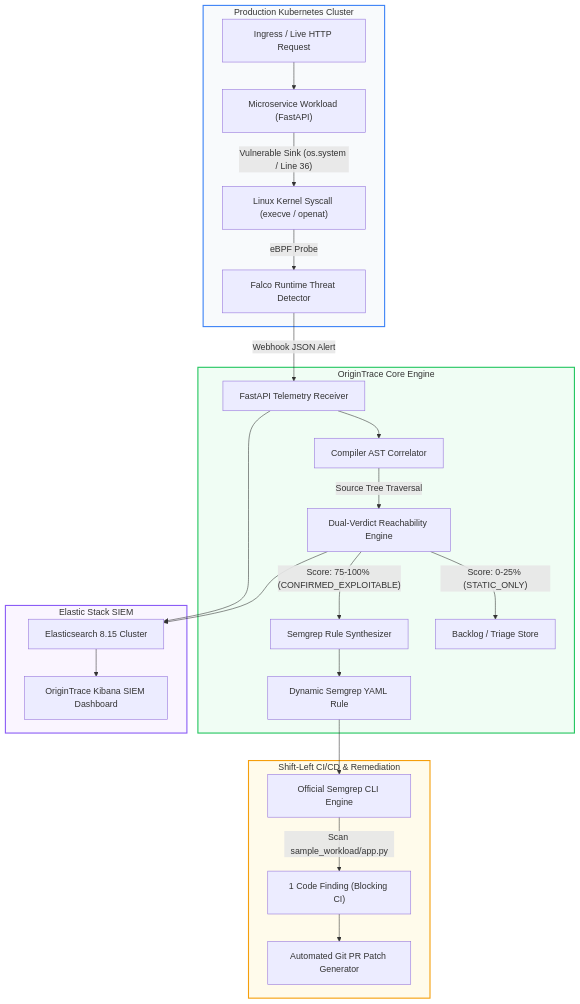
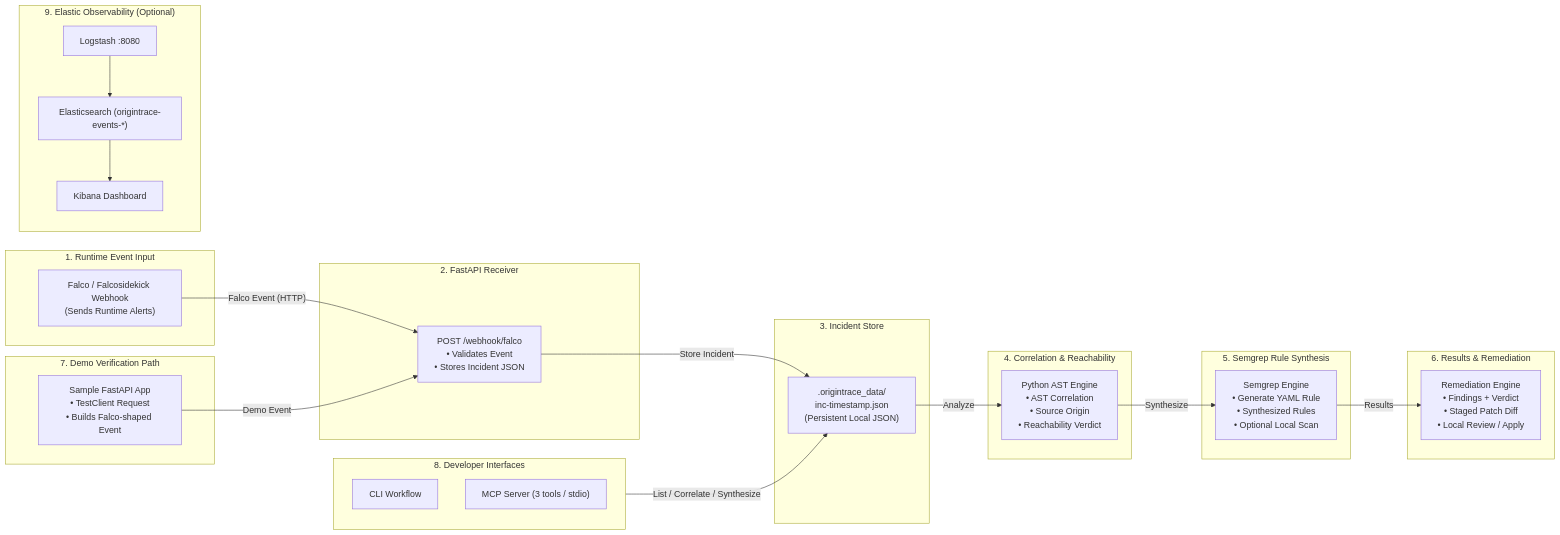
One commit to ritvikindupuri/OriginTrace_DevSecOps changed the diagram in README.md. Above: the diagram before and after it, drawn with Mermaid. The commit also changed other lines of this file and 4 other files, not shown here.

Commit message:
docs: update architecture diagram and flow-by-flow explanation to match 9-stage pipeline

````diff
--- a/README.md
+++ b/README.md
@@ -29,34 +35,47 @@
 ```mermaid
-graph TD
-    subgraph K8s["Production Kubernetes Cluster"]
-        A["Ingress / Live HTTP Request"] --> B["Microservice Workload (FastAPI)"]
-        B -- "Vulnerable Sink (os.system / Line 36)" --> C["Linux Kernel Syscall (execve / openat)"]
-        C -- "eBPF Probe" --> D["Falco Runtime Threat Detector"]
+flowchart LR
+    subgraph Inputs["1. Runtime Event Input"]
+        Falco["Falco / Falcosidekick Webhook<br/>(Sends Runtime Alerts)"]
     end
 
-    subgraph OriginEngine["OriginTrace Core Engine"]
-        D -- "Webhook JSON Alert" --> E["FastAPI Telemetry Receiver"]
-        E --> F["Compiler AST Correlator"]
-        F -- "Source Tree Traversal" --> G["Dual-Verdict Reachability Engine"]
-        G -- "Score: 75-100% (CONFIRMED_EXPLOITABLE)" --> H["Semgrep Rule Synthesizer"]
-        G -- "Score: 0-25% (STATIC_ONLY)" --> I["Backlog / Triage Store"]
-        H --> J["Dynamic Semgrep YAML Rule"]
+    subgraph Receiver["2. FastAPI Receiver"]
+        API["POST /webhook/falco<br/>• Validates Event<br/>• Stores Incident JSON"]
     end
 
-    subgraph ShiftLeft["Shift-Left CI/CD & Remediation"]
-        J --> K["Official Semgrep CLI Engine"]
-        K -- "Scan sample_workload/app.py" --> L["1 Code Finding (Blocking CI)"]
-        L --> M["Automated Git PR Patch Generator"]
+    subgraph Store["3. Incident Store"]
+        JSONStore[".origintrace_data/<br/>inc-timestamp.json<br/>(Persistent Local JSON)"]
     end
 
-    subgraph Observability["Elastic Stack SIEM"]
-        E --> N["Elasticsearch 8.15 Cluster"]
-        G --> N
-        N --> O["OriginTrace Kibana SIEM Dashboard"]
+    subgraph Analysis["4. Correlation & Reachability"]
+        PythonAST["Python AST Engine<br/>• AST Correlation<br/>• Source Origin<br/>• Reachability Verdict"]
     end
 
-    style K8s fill:#f8fafc,stroke:#3b82f6,stroke-width:2px;
-    style OriginEngine fill:#f0fdf4,stroke:#22c55e,stroke-width:2px;
-    style ShiftLeft fill:#fffbeb,stroke:#f59e0b,stroke-width:2px;
-    style Observability fill:#faf5ff,stroke:#8b5cf6,stroke-width:2px;
+    subgraph Synthesis["5. Semgrep Rule Synthesis"]
+        SemgrepEngine["Semgrep Engine<br/>• Generate YAML Rule<br/>• Synthesized Rules<br/>• Optional Local Scan"]
+    end
+
+    subgraph Remediation["6. Results & Remediation"]
+        RemediationOutput["Remediation Engine<br/>• Findings + Verdict<br/>• Staged Patch Diff<br/>• Local Review / Apply"]
+    end
+
+    subgraph Demo["7. Demo Verification Path"]
+        TestClient["Sample FastAPI App<br/>• TestClient Request<br/>• Builds Falco-shaped Event"]
+    end
+
+    subgraph DevTools["8. Developer Interfaces"]
+        CLI["CLI Workflow"]
+        MCP["MCP Server (3 tools / stdio)"]
+    end
+
+    subgraph Observability["9. Elastic Observability (Optional)"]
+        Logstash["Logstash :8080"] --> ES["Elasticsearch (origintrace-events-*)"] --> Kibana["Kibana Dashboard"]
+    end
+
+    Falco -- "Falco Event (HTTP)" --> API
+    TestClient -- "Demo Event" --> API
+    API -- "Store Incident" --> JSONStore
+    JSONStore -- "Analyze" --> PythonAST
+    DevTools -- "List / Correlate / Synthesize" --> JSONStore
+    PythonAST -- "Synthesize" --> SemgrepEngine
+    SemgrepEngine -- "Results" --> RemediationOutput
 ```
````
